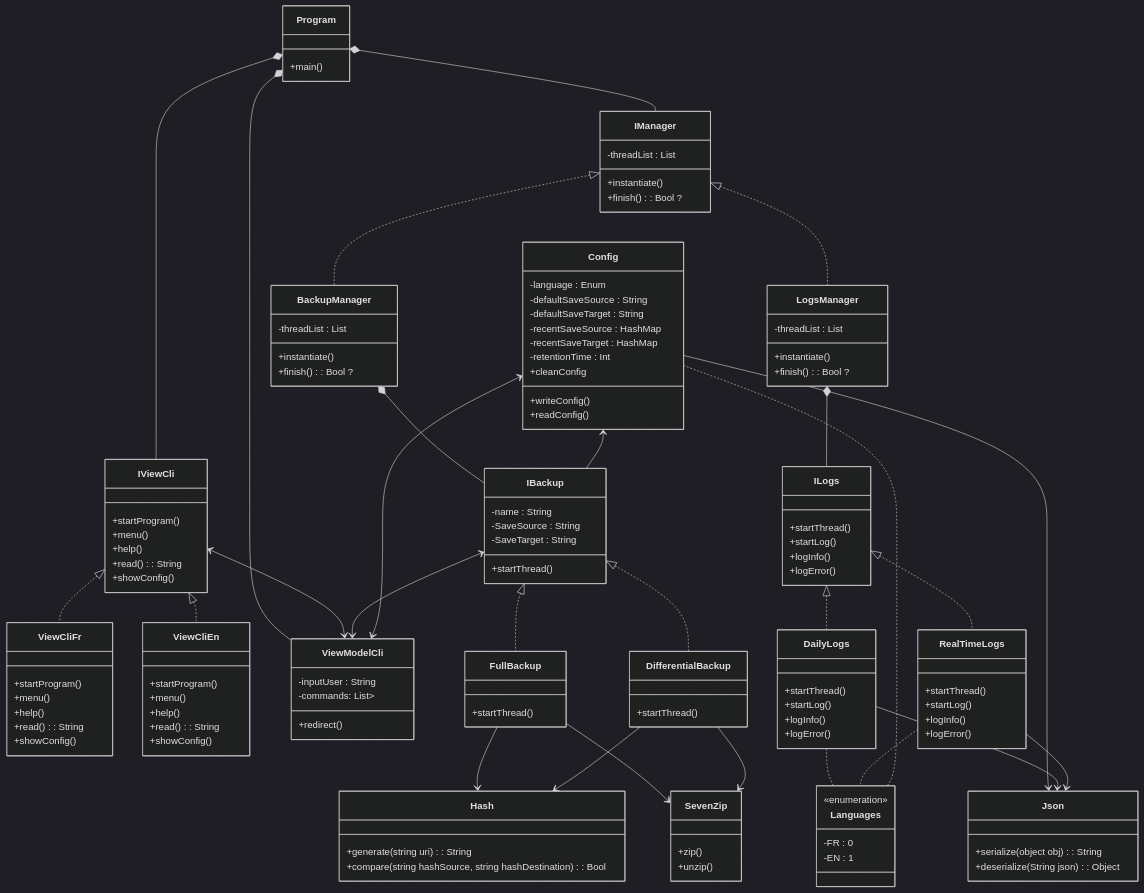
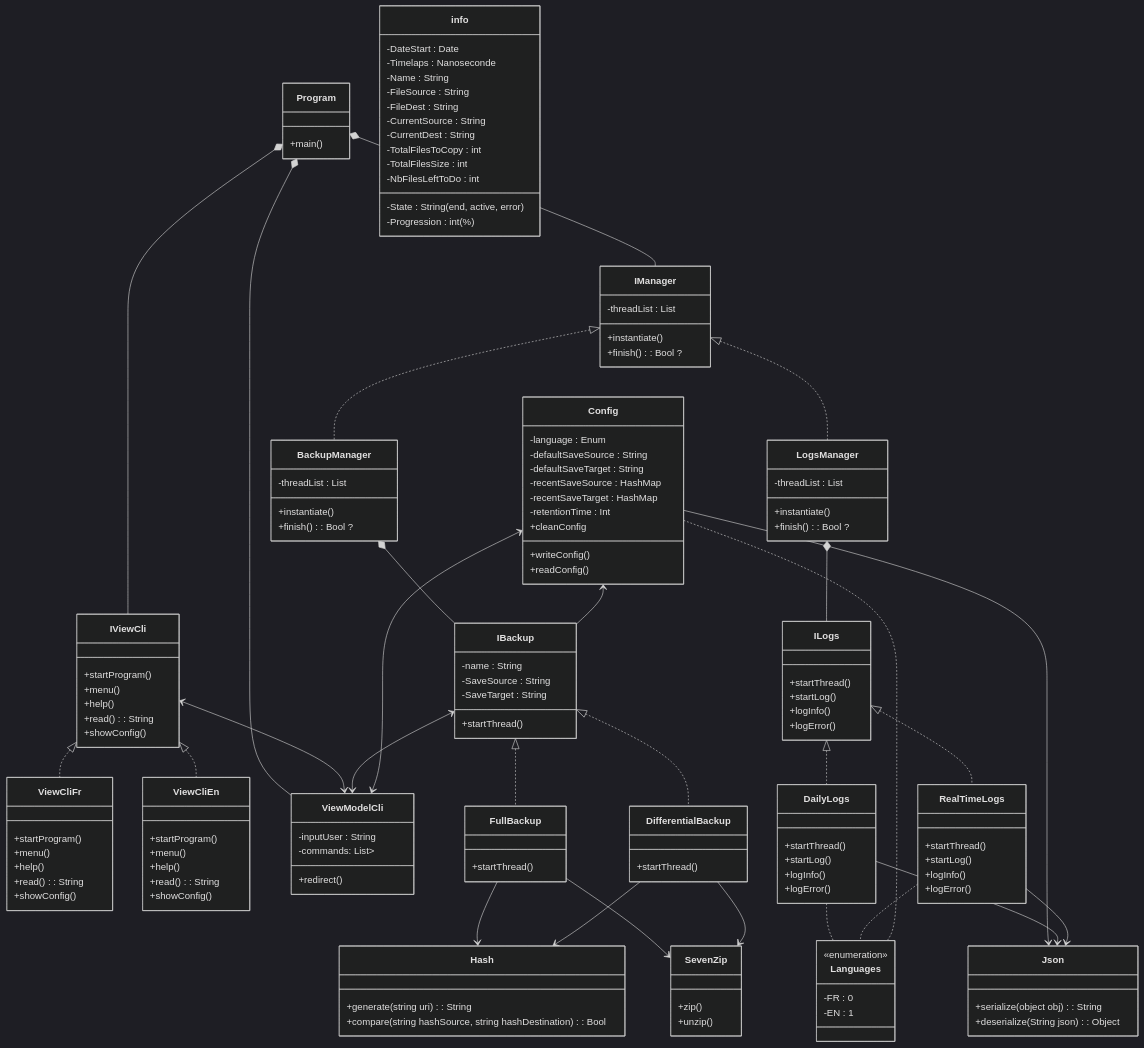
One commit to mboss7/CesiProgSys changed the diagram in diagClasse.md. Above: the diagram before and after it, drawn with Mermaid (dark theme). The commit also changed other lines of this file and 6 other files, not shown here.

````diff
--- a/diagClasse.md
+++ b/diagClasse.md
@@ -130,4 +130,20 @@
 DifferentialBackup --> Hash
 FullBackup --> SevenZip
 DifferentialBackup --> SevenZip
+
+
+class info{
+    -DateStart : Date
+    -Timelaps : Nanoseconde
+    -Name : String
+    -FileSource : String 
+    -FileDest : String
+    -CurrentSource : String
+    -CurrentDest : String
+    -State : String (end, active, error)
+    -TotalFilesToCopy : int
+    -TotalFilesSize : int
+    -NbFilesLeftToDo : int
+    -Progression : int (%)
+}
 ```
````
